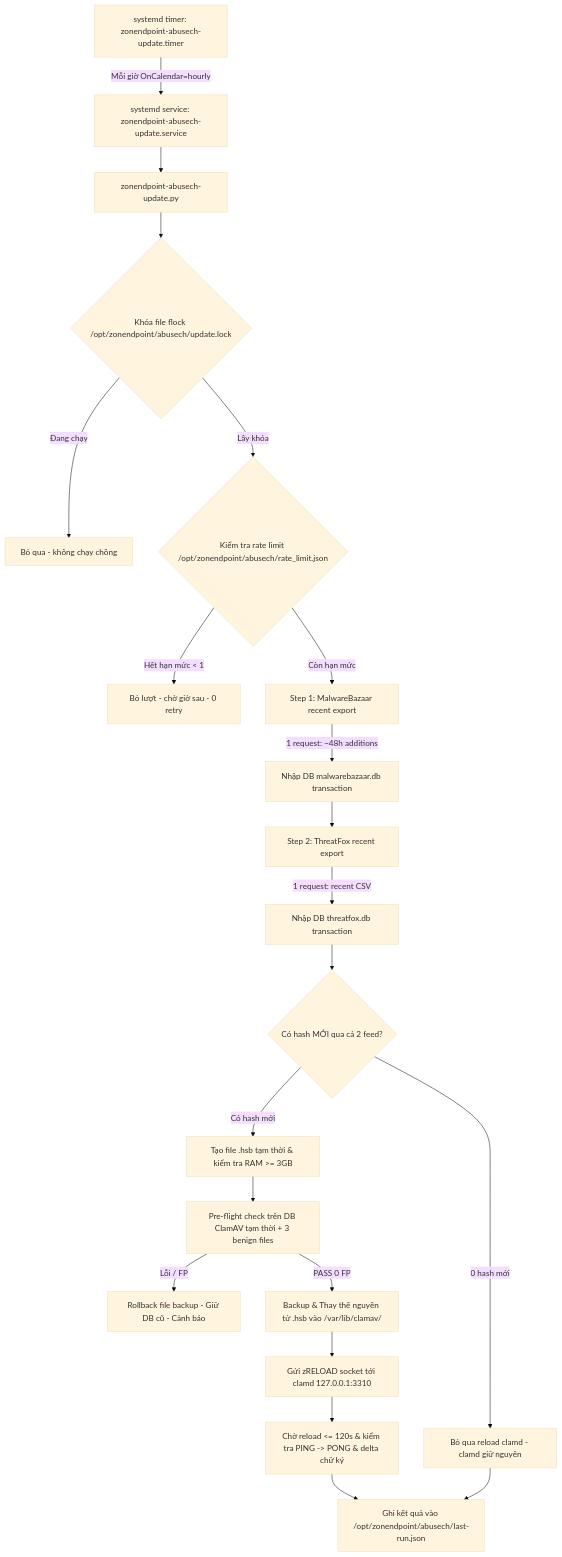
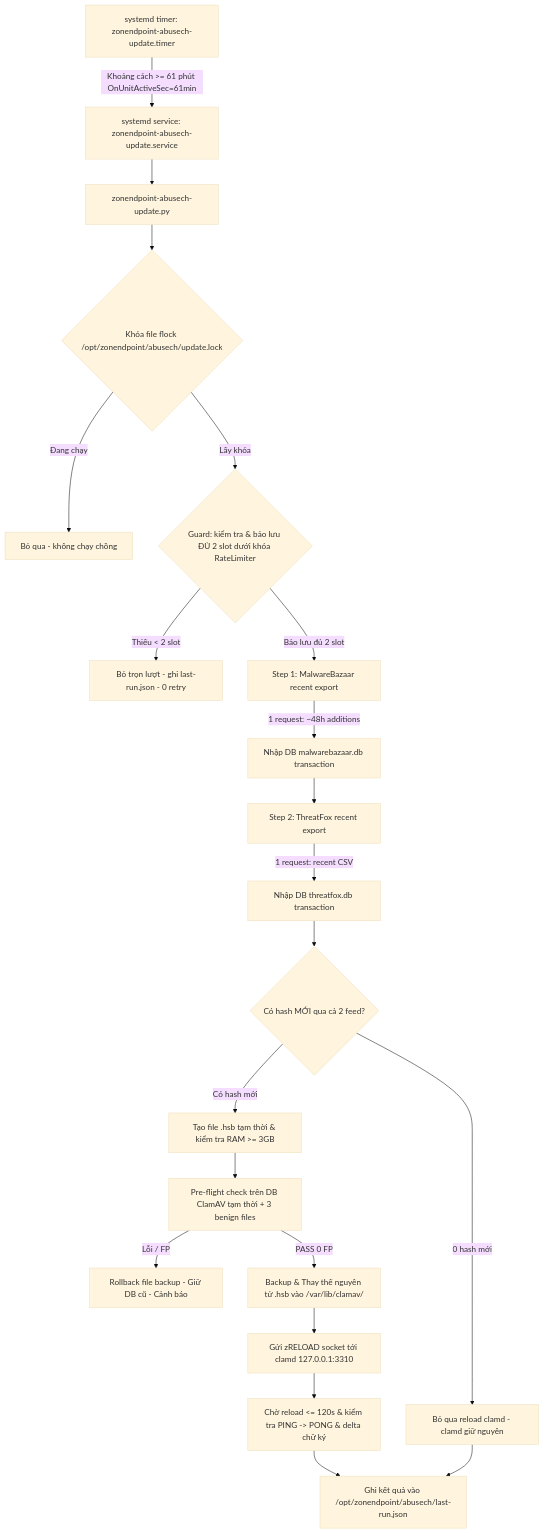
The diagram in docs/ops/abusech-timer.md (quockhanh2376/Zonendpoint), drawn with Mermaid (base theme) before and after one commit. The commit also changed other lines of this file and 7 other files, not shown here.

Commit message:
fix(feeds): resolve ThreatFox starvation with turn guard and monotonic timer (Task V-43)

````diff
--- a/docs/ops/abusech-timer.md
+++ b/docs/ops/abusech-timer.md
@@ -15,23 +15,23 @@
 ```mermaid
 flowchart TD
-    T[systemd timer: zonendpoint-abusech-update.timer] -->|Mỗi giờ OnCalendar=hourly| S[systemd service: zonendpoint-abusech-update.service]
-    S --> U[zonendpoint-abusech-update.py]
-    U --> L{Khóa file flock /opt/zonendpoint/abusech/update.lock}
-    L -->|Đang chạy| E1[Bỏ qua - không chạy chồng]
-    L -->|Lấy khóa| R{Kiểm tra rate limit /opt/zonendpoint/abusech/rate_limit.json}
-    R -->|Hết hạn mức < 1| E2[Bỏ lượt - chờ giờ sau - 0 retry]
-    R -->|Còn hạn mức| MB[Step 1: MalwareBazaar recent export]
-    MB -->|1 request: ~48h additions| MBD[Nhập DB malwarebazaar.db transaction]
-    MBD --> TF[Step 2: ThreatFox recent export]
-    TF -->|1 request: recent CSV| TFD[Nhập DB threatfox.db transaction]
-    TFD --> SIG{Có hash MỚI qua cả 2 feed?}
-    SIG -->|0 hash mới| NR[Bỏ qua reload clamd - clamd giữ nguyên]
-    SIG -->|Có hash mới| DEP[Tạo file .hsb tạm thời & kiểm tra RAM >= 3GB]
-    DEP --> TEST[Pre-flight check trên DB ClamAV tạm thời + 3 benign files]
-    TEST -->|Lỗi / FP| RB[Rollback file backup - Giữ DB cũ - Cảnh báo]
-    TEST -->|PASS 0 FP| SWAP[Backup & Thay thế nguyên tử .hsb vào /var/lib/clamav/]
-    SWAP --> RELOAD[Gửi zRELOAD socket tới clamd 127.0.0.1:3310]
-    RELOAD --> WAIT[Chờ reload <= 120s & kiểm tra PING -> PONG & delta chữ ký]
-    WAIT --> LOG[Ghi kết quả vào /opt/zonendpoint/abusech/last-run.json]
+    T["systemd timer: zonendpoint-abusech-update.timer"] -->|Khoảng cách >= 61 phút OnUnitActiveSec=61min| S["systemd service: zonendpoint-abusech-update.service"]
+    S --> U["zonendpoint-abusech-update.py"]
+    U --> L{"Khóa file flock /opt/zonendpoint/abusech/update.lock"}
+    L -->|Đang chạy| E1["Bỏ qua - không chạy chồng"]
+    L -->|Lấy khóa| R{"Guard: kiểm tra & bảo lưu ĐỦ 2 slot dưới khóa RateLimiter"}
+    R -->|Thiếu < 2 slot| E2["Bỏ trọn lượt - ghi last-run.json - 0 retry"]
+    R -->|Bảo lưu đủ 2 slot| MB["Step 1: MalwareBazaar recent export"]
+    MB -->|1 request: ~48h additions| MBD["Nhập DB malwarebazaar.db transaction"]
+    MBD --> TF["Step 2: ThreatFox recent export"]
+    TF -->|1 request: recent CSV| TFD["Nhập DB threatfox.db transaction"]
+    TFD --> SIG{"Có hash MỚI qua cả 2 feed?"}
+    SIG -->|0 hash mới| NR["Bỏ qua reload clamd - clamd giữ nguyên"]
+    SIG -->|Có hash mới| DEP["Tạo file .hsb tạm thời & kiểm tra RAM >= 3GB"]
+    DEP --> TEST["Pre-flight check trên DB ClamAV tạm thời + 3 benign files"]
+    TEST -->|Lỗi / FP| RB["Rollback file backup - Giữ DB cũ - Cảnh báo"]
+    TEST -->|PASS 0 FP| SWAP["Backup & Thay thế nguyên tử .hsb vào /var/lib/clamav/"]
+    SWAP --> RELOAD["Gửi zRELOAD socket tới clamd 127.0.0.1:3310"]
+    RELOAD --> WAIT["Chờ reload <= 120s & kiểm tra PING -> PONG & delta chữ ký"]
+    WAIT --> LOG["Ghi kết quả vào /opt/zonendpoint/abusech/last-run.json"]
     NR --> LOG
 ```
````
